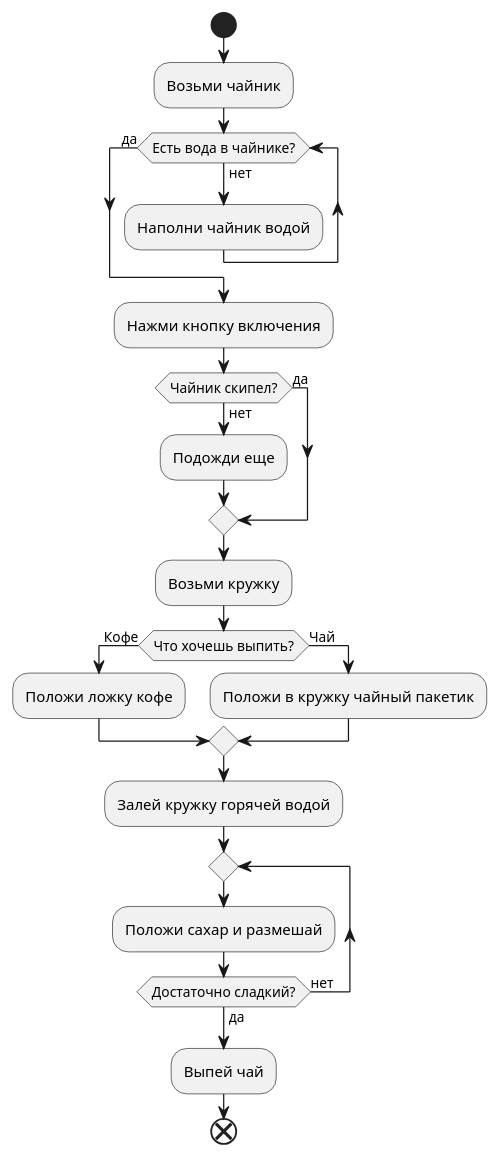
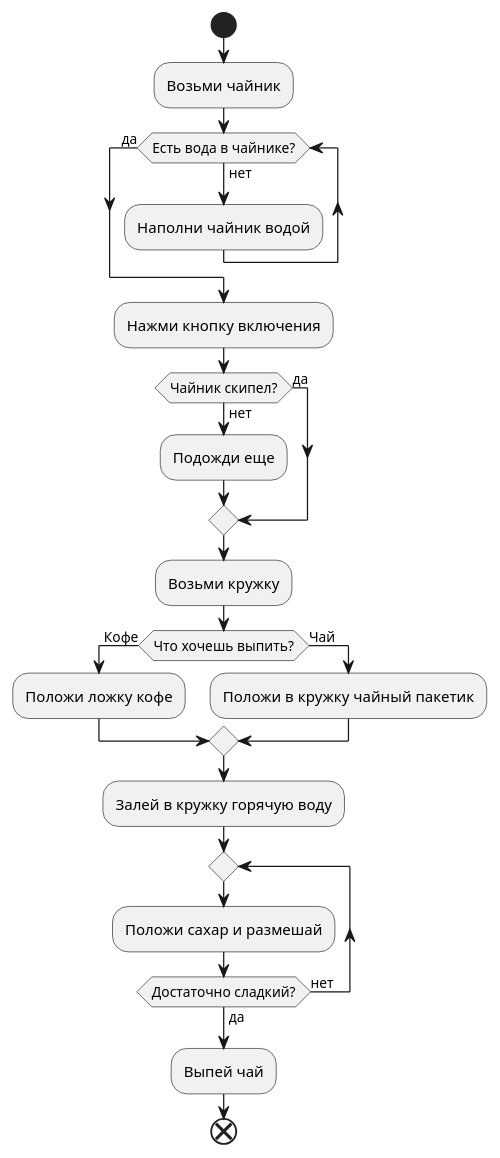
One commit to ilyasovaliliya95/python-sat-10-00 changed the diagram in 02 - git, uml, py_struct/Homework.puml. Above: the diagram before and after it, drawn with PlantUML.

Commit message:
ДЗ выполнено

```diff
--- a/02 - git, uml, py_struct/Homework.puml
+++ b/02 - git, uml, py_struct/Homework.puml
@@ -1,24 +1,24 @@
 @startuml
 start
 :Возьми чайник;
 while (Есть вода в чайнике?) is (нет)
 :Наполни чайник водой;
 endwhile (да)
 :Нажми кнопку включения;
 if (Чайник скипел?) then (да)
 else (нет)
 :Подожди еще;
 endif
 :Возьми кружку;
 if (Что хочешь выпить?) then (Кофе)
 :Положи ложку кофе;
 else (Чай)
 :Положи в кружку чайный пакетик;
 endif
-:Залей кружку горячей водой;
+:Залей в кружку горячую воду;
 repeat
 :Положи сахар и размешай;
 repeat while (Достаточно сладкий?) is (нет) not (да)
 :Выпей чай;
 end
 @enduml
```
